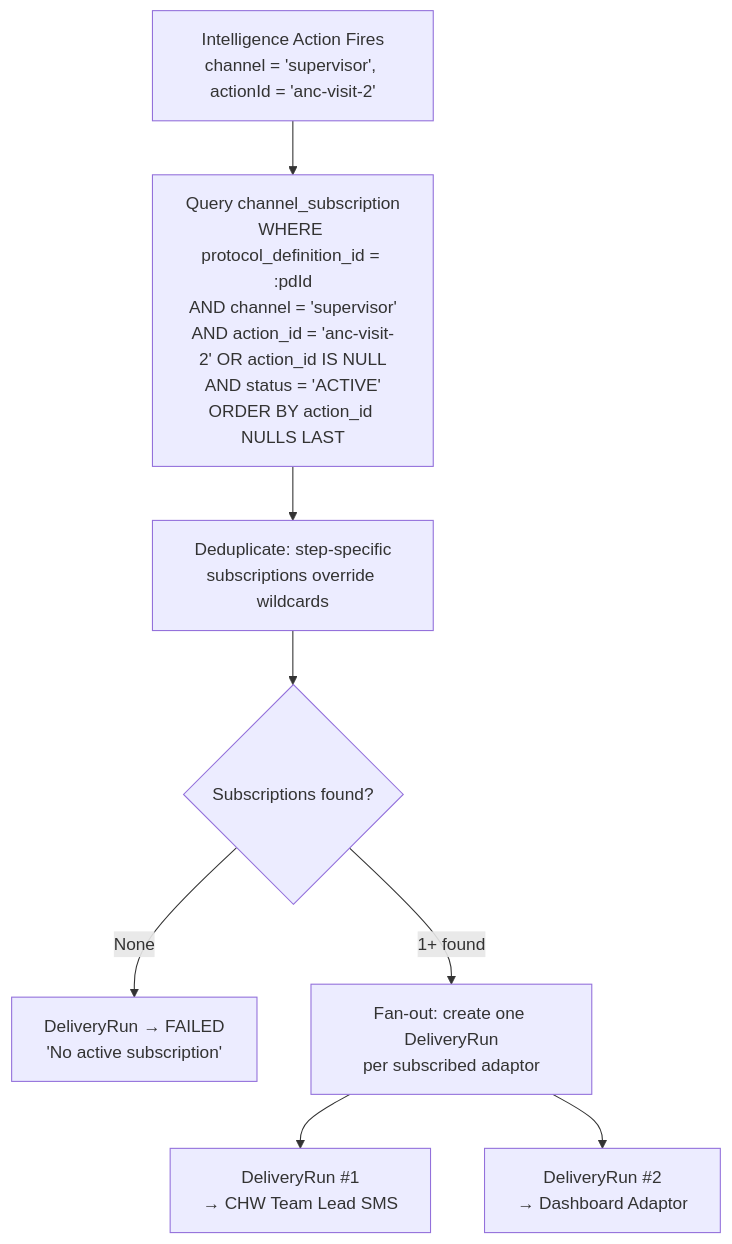
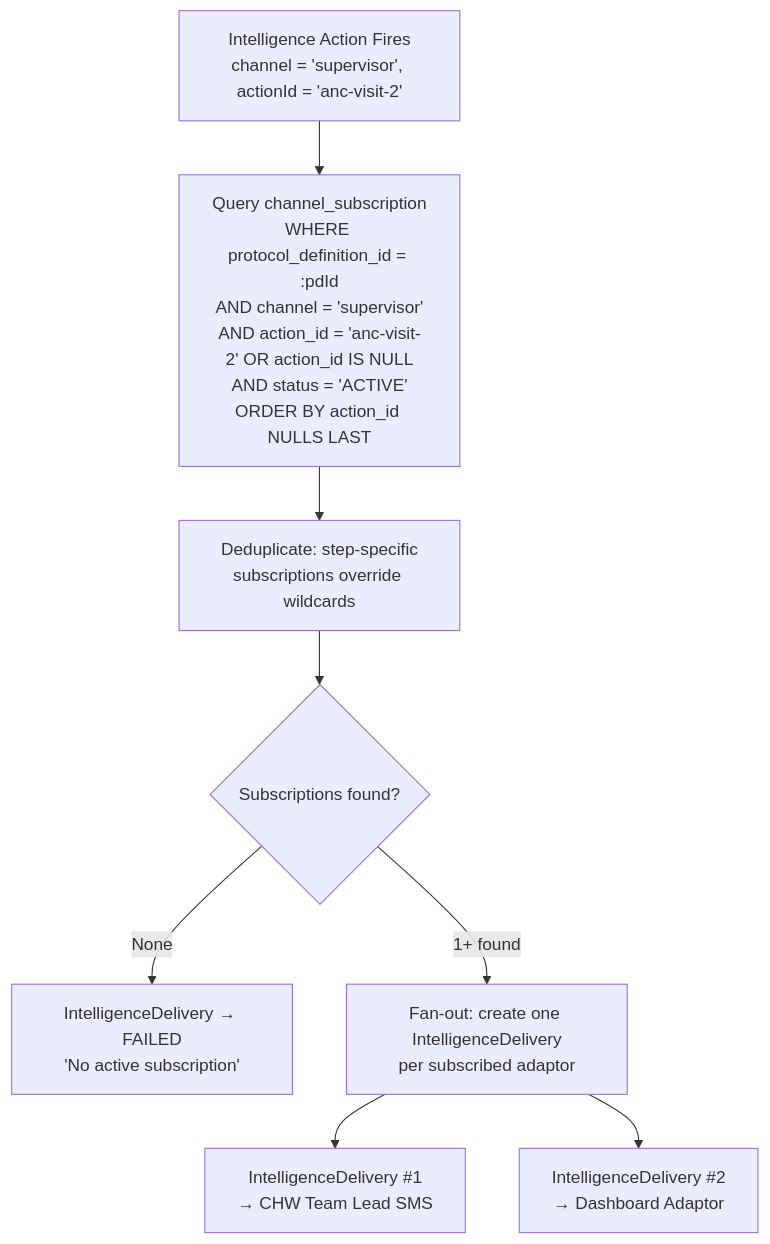
Before and after one commit to Jayaprakash8887/cce-intelligence-service: the fifth of 6 diagrams in docs/architecture-overview.md, drawn with Mermaid. The commit also changed other lines of this file and 6 other files, not shown here.

First line of the commit message:
refactor: rename delivery_run and related entities to intelligence_delivery

````diff
--- a/docs/architecture-overview.md
+++ b/docs/architecture-overview.md
@@ -456,10 +456,10 @@
 ```mermaid
 flowchart TD
     ACTION["Intelligence Action Fires<br/>channel = 'supervisor', actionId = 'anc-visit-2'"] --> LOOKUP["Query channel_subscription<br/>WHERE protocol_definition_id = :pdId<br/>AND channel = 'supervisor'<br/>AND action_id = 'anc-visit-2' OR action_id IS NULL<br/>AND status = 'ACTIVE'<br/>ORDER BY action_id NULLS LAST"]
     LOOKUP --> DEDUP["Deduplicate: step-specific<br/>subscriptions override wildcards"]
     DEDUP --> RESULT{"Subscriptions found?"}
-    RESULT -->|"None"| FAIL["DeliveryRun → FAILED<br/>'No active subscription'"]
-    RESULT -->|"1+ found"| FANOUT["Fan-out: create one DeliveryRun<br/>per subscribed adaptor"]
-    FANOUT --> D1["DeliveryRun #1<br/>→ CHW Team Lead SMS"]
-    FANOUT --> D2["DeliveryRun #2<br/>→ Dashboard Adaptor"]
+    RESULT -->|"None"| FAIL["IntelligenceDelivery → FAILED<br/>'No active subscription'"]
+    RESULT -->|"1+ found"| FANOUT["Fan-out: create one IntelligenceDelivery<br/>per subscribed adaptor"]
+    FANOUT --> D1["IntelligenceDelivery #1<br/>→ CHW Team Lead SMS"]
+    FANOUT --> D2["IntelligenceDelivery #2<br/>→ Dashboard Adaptor"]
 ```
````
